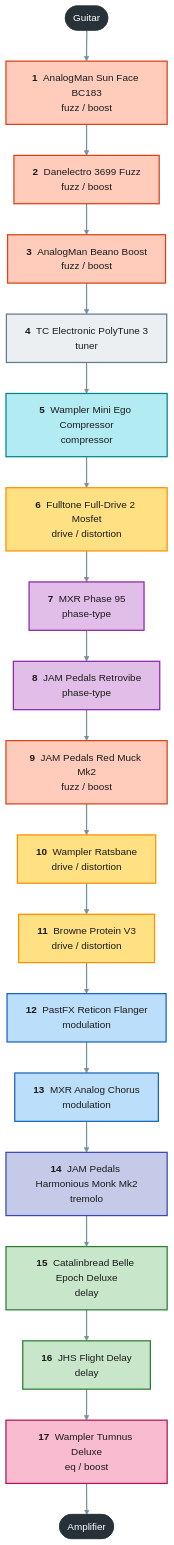
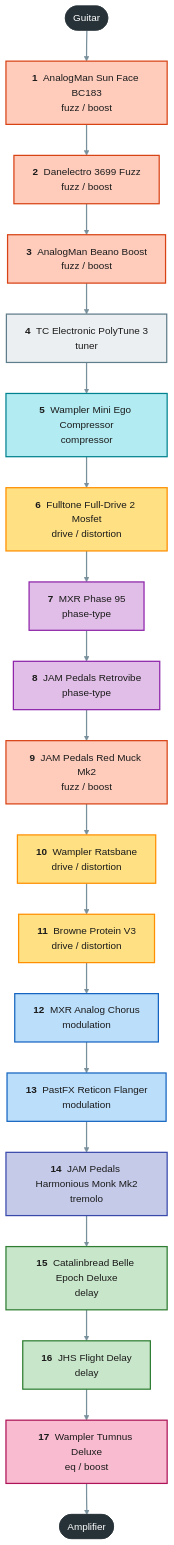
Before and after one commit to pedroacvieira/pedalboard: the diagram in projects/guitar-gig/signal-chain.mmd, drawn with Mermaid. The commit also changed 10 other files, not shown here.

First line of the commit message:
guitar-gig: MXR Analog Chorus before the Reticon (owner): signal cables 2401 -> 2322 mm

```diff
--- a/projects/guitar-gig/signal-chain.mmd
+++ b/projects/guitar-gig/signal-chain.mmd
@@ -1,32 +1,32 @@
 flowchart TB
     guitar(["Guitar"]):::endpoint
     sun_face["<b>1</b> &nbsp;AnalogMan Sun Face BC183<br/>fuzz / boost"]:::c_fuzz___boost
     danelectro_3699["<b>2</b> &nbsp;Danelectro 3699 Fuzz<br/>fuzz / boost"]:::c_fuzz___boost
     beano["<b>3</b> &nbsp;AnalogMan Beano Boost<br/>fuzz / boost"]:::c_fuzz___boost
     polytune_3["<b>4</b> &nbsp;TC Electronic PolyTune 3<br/>tuner"]:::c_tuner
     mini_ego["<b>5</b> &nbsp;Wampler Mini Ego Compressor<br/>compressor"]:::c_compressor
     fulldrive_2["<b>6</b> &nbsp;Fulltone Full-Drive 2 Mosfet<br/>drive / distortion"]:::c_drive___distortion
     phase_95["<b>7</b> &nbsp;MXR Phase 95<br/>phase-type"]:::c_phase_type
     retrovibe["<b>8</b> &nbsp;JAM Pedals Retrovibe<br/>phase-type"]:::c_phase_type
     red_muck["<b>9</b> &nbsp;JAM Pedals Red Muck Mk2<br/>fuzz / boost"]:::c_fuzz___boost
     ratsbane["<b>10</b> &nbsp;Wampler Ratsbane<br/>drive / distortion"]:::c_drive___distortion
     protein["<b>11</b> &nbsp;Browne Protein V3<br/>drive / distortion"]:::c_drive___distortion
-    reticon["<b>12</b> &nbsp;PastFX Reticon Flanger<br/>modulation"]:::c_modulation
-    analog_chorus["<b>13</b> &nbsp;MXR Analog Chorus<br/>modulation"]:::c_modulation
+    analog_chorus["<b>12</b> &nbsp;MXR Analog Chorus<br/>modulation"]:::c_modulation
+    reticon["<b>13</b> &nbsp;PastFX Reticon Flanger<br/>modulation"]:::c_modulation
     monk["<b>14</b> &nbsp;JAM Pedals Harmonious Monk Mk2<br/>tremolo"]:::c_tremolo
     belle_epoch["<b>15</b> &nbsp;Catalinbread Belle Epoch Deluxe<br/>delay"]:::c_delay
     flight_delay["<b>16</b> &nbsp;JHS Flight Delay<br/>delay"]:::c_delay
     tumnus_deluxe["<b>17</b> &nbsp;Wampler Tumnus Deluxe<br/>eq / boost"]:::c_eq___boost
     amp(["Amplifier"]):::endpoint
-    guitar --> sun_face --> danelectro_3699 --> beano --> polytune_3 --> mini_ego --> fulldrive_2 --> phase_95 --> retrovibe --> red_muck --> ratsbane --> protein --> reticon --> analog_chorus --> monk --> belle_epoch --> flight_delay --> tumnus_deluxe --> amp
+    guitar --> sun_face --> danelectro_3699 --> beano --> polytune_3 --> mini_ego --> fulldrive_2 --> phase_95 --> retrovibe --> red_muck --> ratsbane --> protein --> analog_chorus --> reticon --> monk --> belle_epoch --> flight_delay --> tumnus_deluxe --> amp
     classDef endpoint fill:#263238,stroke:#263238,color:#ffffff
     classDef c_tuner fill:#eceff1,stroke:#607d8b,stroke-width:2px,color:#1b1b1b
     classDef c_compressor fill:#b2ebf2,stroke:#00838f,stroke-width:2px,color:#1b1b1b
     classDef c_fuzz___boost fill:#ffccbc,stroke:#d84315,stroke-width:2px,color:#1b1b1b
     classDef c_drive___distortion fill:#ffe082,stroke:#ff8f00,stroke-width:2px,color:#1b1b1b
     classDef c_phase_type fill:#e1bee7,stroke:#8e24aa,stroke-width:2px,color:#1b1b1b
     classDef c_modulation fill:#bbdefb,stroke:#1565c0,stroke-width:2px,color:#1b1b1b
     classDef c_tremolo fill:#c5cae9,stroke:#3949ab,stroke-width:2px,color:#1b1b1b
     classDef c_delay fill:#c8e6c9,stroke:#2e7d32,stroke-width:2px,color:#1b1b1b
     classDef c_eq___boost fill:#f8bbd0,stroke:#ad1457,stroke-width:2px,color:#1b1b1b
     linkStyle default stroke:#78909c,stroke-width:2px
```
